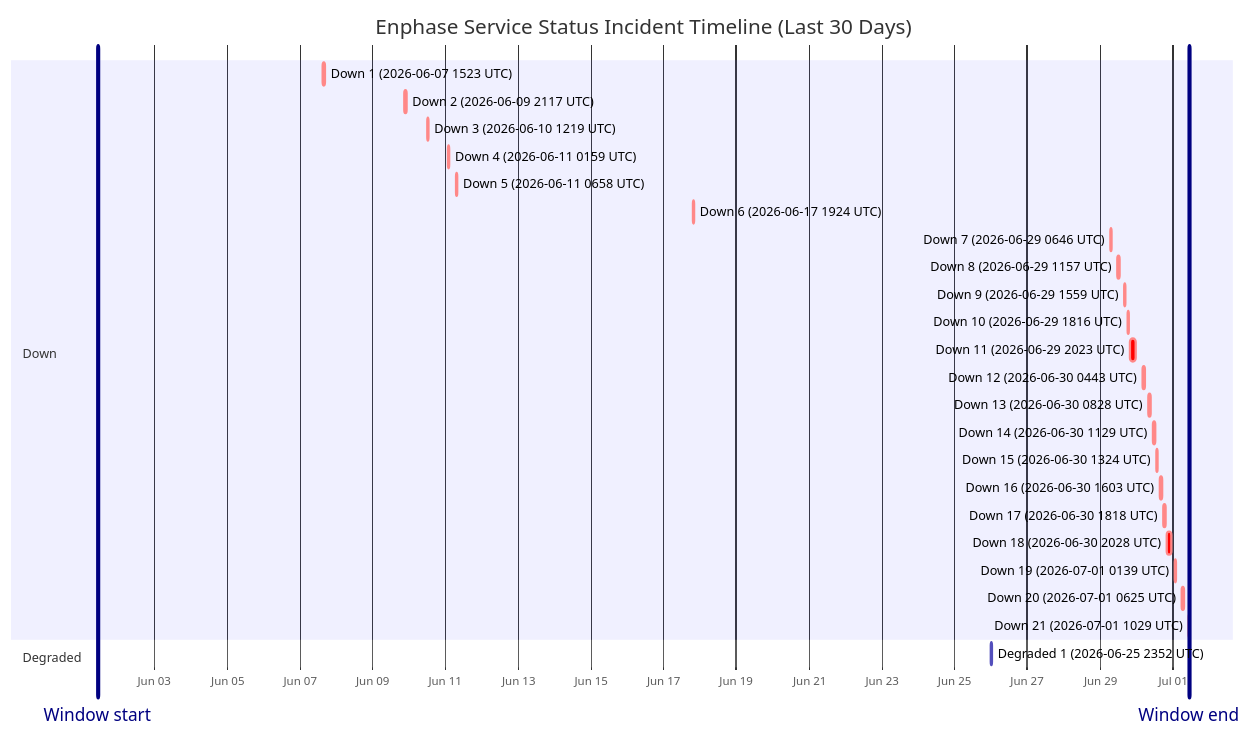
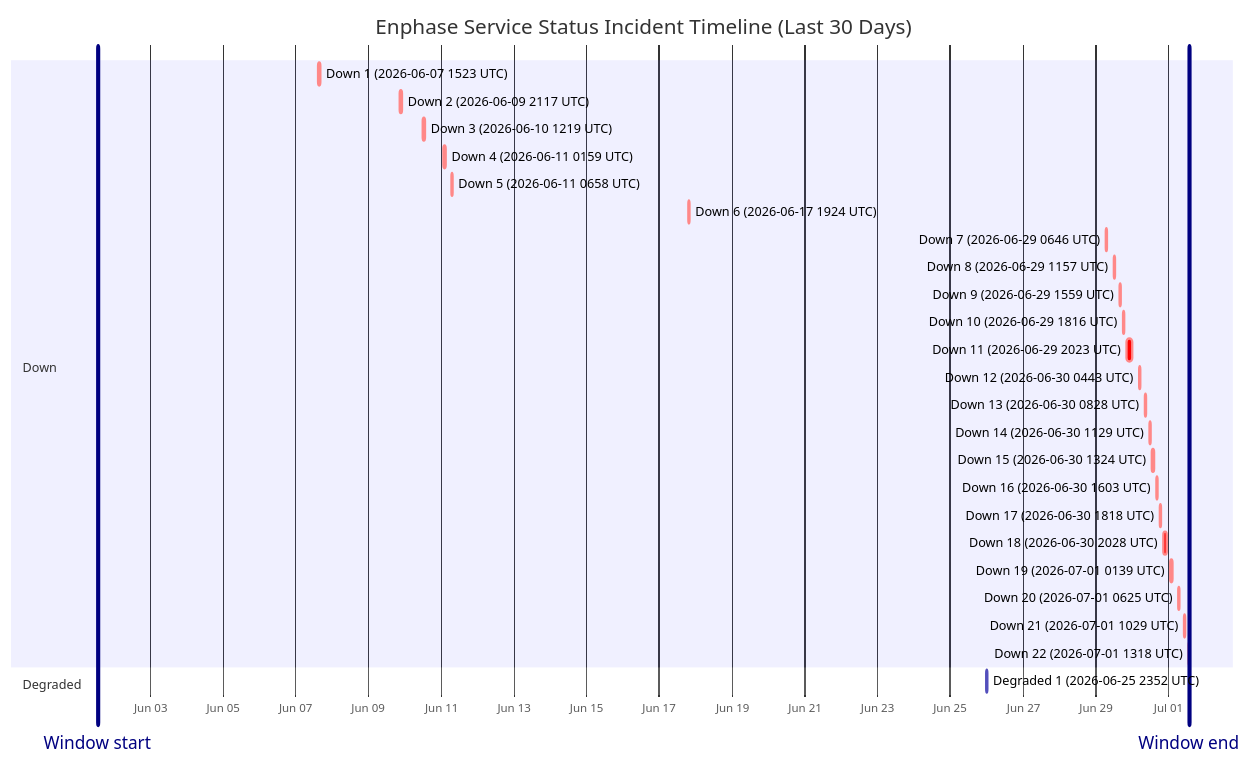
Before and after one commit to barneyonline/ha-enphase-energy: the diagram in wiki/Service-Status-History.md, drawn with Mermaid. The commit also changed other lines of this file and 3 other files, not shown here.

````diff
--- a/wiki/Service-Status-History.md
+++ b/wiki/Service-Status-History.md
@@ -14,32 +14,33 @@
 ```mermaid
 gantt
     title Enphase Service Status Incident Timeline (Last 30 Days)
     dateFormat  YYYY-MM-DDTHH:mm:ss
     axisFormat  %b %d
-    Window start :vert, window-start, 2026-06-01T10:29:24, 0ms
-    Window end :vert, window-end, 2026-07-01T10:29:24, 0ms
+    Window start :vert, window-start, 2026-06-01T13:18:31, 0ms
+    Window end :vert, window-end, 2026-07-01T13:18:31, 0ms
     section Down
     Down 1 (2026-06-07 1523 UTC) :crit, down-1, 2026-06-07T15:23:22, 87m
     Down 2 (2026-06-09 2117 UTC) :crit, down-2, 2026-06-09T21:17:17, 60m
     Down 3 (2026-06-10 1219 UTC) :crit, down-3, 2026-06-10T12:19:21, 60m
     Down 4 (2026-06-11 0159 UTC) :crit, down-4, 2026-06-11T01:59:36, 60m
     Down 5 (2026-06-11 0658 UTC) :crit, down-5, 2026-06-11T06:58:45, 60m
     Down 6 (2026-06-17 1924 UTC) :crit, down-6, 2026-06-17T19:24:51, 60m
     Down 7 (2026-06-29 0646 UTC) :crit, down-7, 2026-06-29T06:46:18, 60m
     Down 8 (2026-06-29 1157 UTC) :crit, down-8, 2026-06-29T11:57:36, 60m
     Down 9 (2026-06-29 1559 UTC) :crit, down-9, 2026-06-29T15:59:02, 60m
     Down 10 (2026-06-29 1816 UTC) :crit, down-10, 2026-06-29T18:16:38, 60m
     Down 11 (2026-06-29 2023 UTC) :crit, down-11, 2026-06-29T20:23:16, 220m
     Down 12 (2026-06-30 0443 UTC) :crit, down-12, 2026-06-30T04:43:54, 60m
     Down 13 (2026-06-30 0828 UTC) :crit, down-13, 2026-06-30T08:28:43, 60m
     Down 14 (2026-06-30 1129 UTC) :crit, down-14, 2026-06-30T11:29:15, 60m
     Down 15 (2026-06-30 1324 UTC) :crit, down-15, 2026-06-30T13:24:25, 60m
     Down 16 (2026-06-30 1603 UTC) :crit, down-16, 2026-06-30T16:03:26, 60m
     Down 17 (2026-06-30 1818 UTC) :crit, down-17, 2026-06-30T18:18:39, 60m
     Down 18 (2026-06-30 2028 UTC) :crit, down-18, 2026-06-30T20:28:54, 171m
     Down 19 (2026-07-01 0139 UTC) :crit, down-19, 2026-07-01T01:39:18, 60m
     Down 20 (2026-07-01 0625 UTC) :crit, down-20, 2026-07-01T06:25:35, 60m
     Down 21 (2026-07-01 1029 UTC) :crit, down-21, 2026-07-01T10:29:24, 60m
+    Down 22 (2026-07-01 1318 UTC) :crit, down-22, 2026-07-01T13:18:31, 60m
     section Degraded
     Degraded 1 (2026-06-25 2352 UTC) :active, degraded-1, 2026-06-25T23:52:01, 60m
 ```
````
